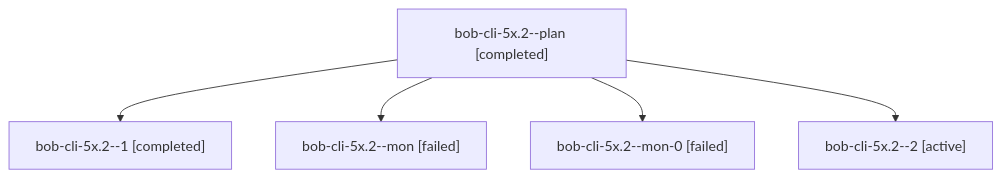
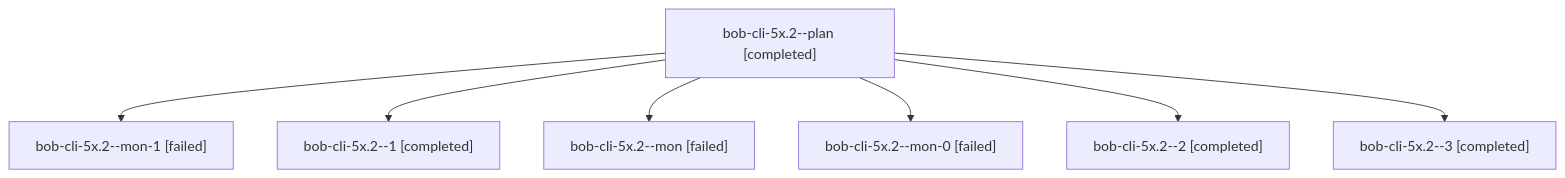
One commit to bobs-org/bob-cli--agents changed the diagram in sessions/bbugyi200.athena.bob-cli-5x.2.md. Above: the diagram before and after it, drawn with Mermaid. The commit also changed other lines of this file and 34 other files, not shown here.

````diff
--- a/sessions/bbugyi200.athena.bob-cli-5x.2.md
+++ b/sessions/bbugyi200.athena.bob-cli-5x.2.md
@@ -9,12 +9,16 @@
 ```mermaid
 flowchart TD
   n0["bob-cli-5x.2--plan [completed]"]
-  n1["bob-cli-5x.2--1 [completed]"]
+  n1["bob-cli-5x.2--mon-1 [failed]"]
   n0 --> n1
-  n2["bob-cli-5x.2--mon [failed]"]
+  n2["bob-cli-5x.2--1 [completed]"]
   n0 --> n2
-  n3["bob-cli-5x.2--mon-0 [failed]"]
+  n3["bob-cli-5x.2--mon [failed]"]
   n0 --> n3
-  n4["bob-cli-5x.2--2 [active]"]
+  n4["bob-cli-5x.2--mon-0 [failed]"]
   n0 --> n4
+  n5["bob-cli-5x.2--2 [completed]"]
+  n0 --> n5
+  n6["bob-cli-5x.2--3 [completed]"]
+  n0 --> n6
 ```
````
